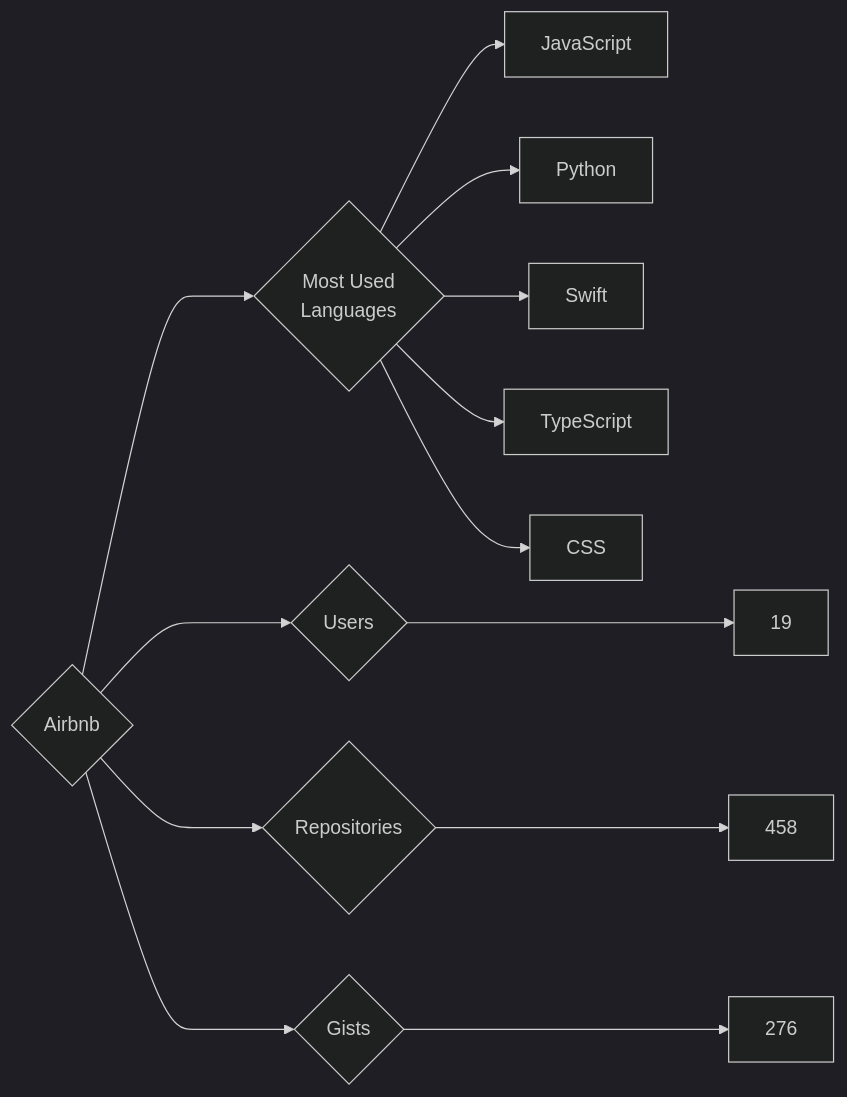
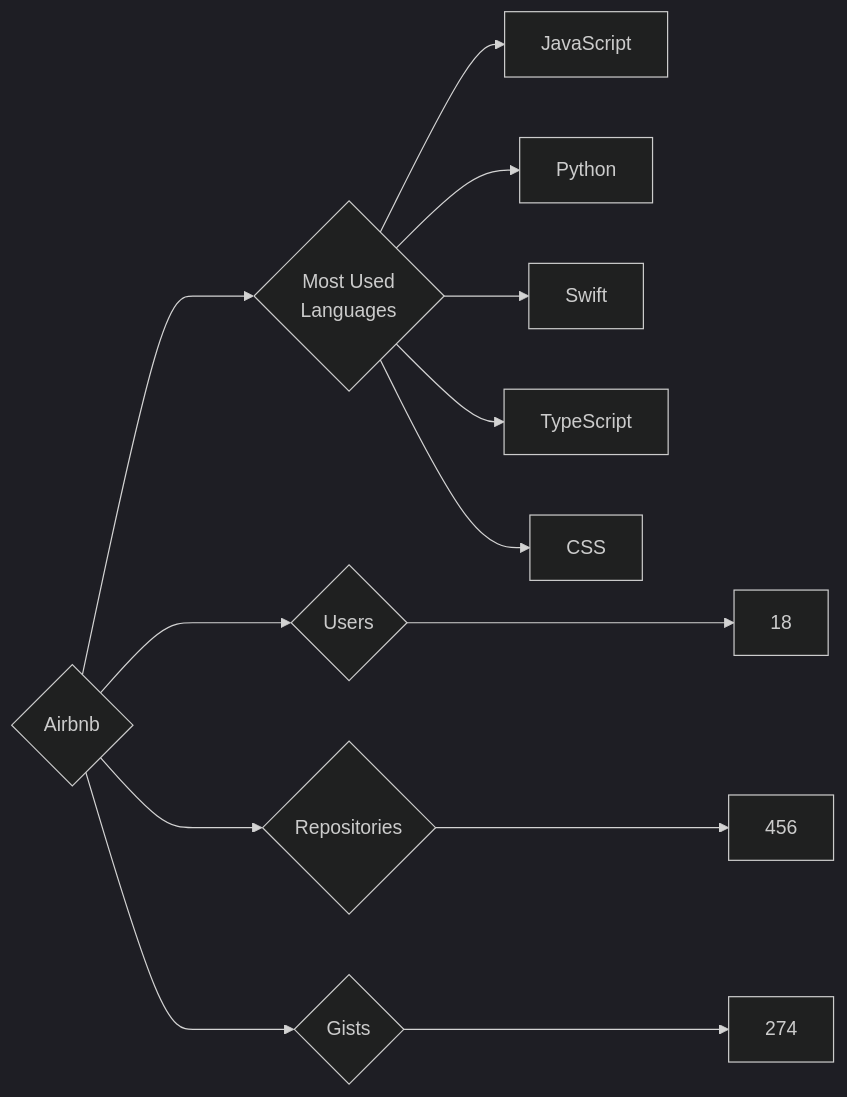
One commit to trickest/insiders changed the diagram in targets/Airbnb/README.md. Above: the diagram before and after it, drawn with Mermaid (dark theme). The commit also changed 440 other files, not shown here.

````diff
--- a/targets/Airbnb/README.md
+++ b/targets/Airbnb/README.md
@@ -3,13 +3,13 @@
 ```mermaid
 graph LR
 COMPANY_NAME{Airbnb}
-COMPANY_NAME ---> U{Users} ---> UN[19]
-COMPANY_NAME ---> R{Repositories} ---> RN[458]
-COMPANY_NAME ---> G{Gists} ---> GN[276]
+COMPANY_NAME ---> U{Users} ---> UN[18]
+COMPANY_NAME ---> R{Repositories} ---> RN[456]
+COMPANY_NAME ---> G{Gists} ---> GN[274]
 COMPANY_NAME ---> ML{Most Used<br>Languages}
 ML --> JavaScript[JavaScript]
 ML --> Python[Python]
 ML --> Swift[Swift]
 ML --> TypeScript[TypeScript]
 ML --> CSS[CSS]
 ```
````
